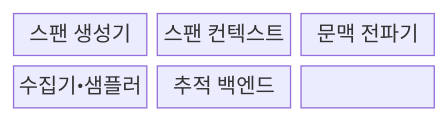
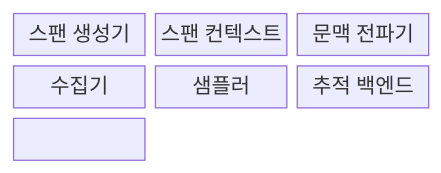
Before and after one commit to agnusdei1207/knowledge-base: the first of 2 diagrams in src/content/docs/notes/08-latest-tech/171_distributed_tracing.md, drawn with Mermaid. The commit also changed other lines of this file and 20 other files, not shown here.

````diff
--- a/src/content/docs/notes/08-latest-tech/171_distributed_tracing.md
+++ b/src/content/docs/notes/08-latest-tech/171_distributed_tracing.md
@@ -70,11 +73,12 @@
 ```mermaid
 block-beta
   columns 3
   N0["스팬 생성기"]
   N1["스팬 컨텍스트"]
   N2["문맥 전파기"]
-  N3["수집기•샘플러"]
+  N3["수집기"]
+  N5["샘플러"]
   N4["추적 백엔드"]
   N0 --- N1 --- N2
-  N2 --- N3 --- N4
+  N2 --- N3 --- N5 --- N4
 ```
````
